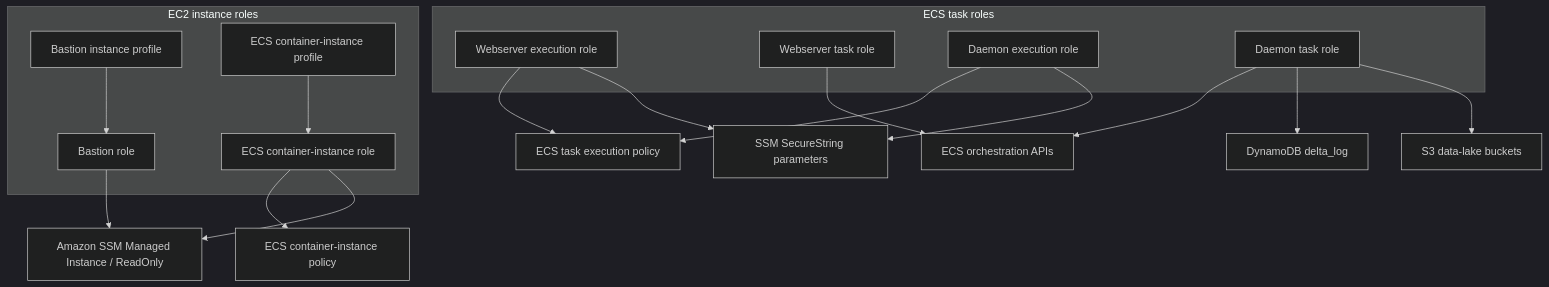
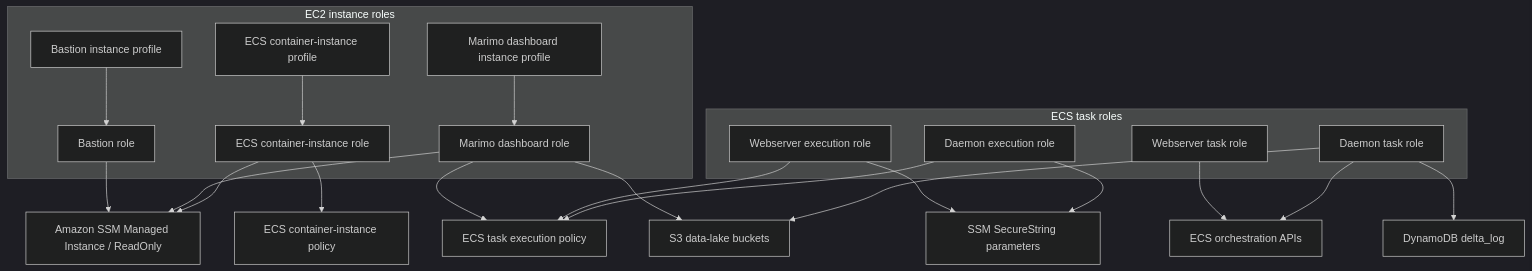
One commit to Chr1sC0de/energy-market-delta-lake changed the first of 2 diagrams in infrastructure/aws-pulumi/docs/identity-and-discovery.md. Above: the diagram before and after it, drawn with Mermaid (dark theme). The commit also changed other lines of this file and 44 other files, not shown here.

Commit message:
Deploy Marimo dashboard on AWS

````diff
--- a/infrastructure/aws-pulumi/docs/identity-and-discovery.md
+++ b/infrastructure/aws-pulumi/docs/identity-and-discovery.md
@@ -24,38 +25,44 @@
 ```mermaid
 flowchart TB
     subgraph EC2Roles[EC2 instance roles]
         BASTIONROLE[Bastion role]
         BASTIONPROFILE[Bastion instance profile]
         ECSINSTANCEROLE[ECS container-instance role]
         ECSINSTANCEPROFILE[ECS container-instance profile]
+        MARIMOROLE[Marimo dashboard role]
+        MARIMOPROFILE[Marimo dashboard instance profile]
     end
 
     subgraph ECSRoles[ECS task roles]
         WEBEXEC[Webserver execution role]
         WEBTASK[Webserver task role]
         DAEMONEXEC[Daemon execution role]
         DAEMONTASK[Daemon task role]
     end
 
     SSM[Amazon SSM Managed Instance / ReadOnly]
     ECSINSTANCEPOLICY[ECS container-instance policy]
     ECRPOLICY[ECS task execution policy]
     ECSAPI[ECS orchestration APIs]
     DDB[DynamoDB delta_log]
     S3[S3 data-lake buckets]
     SSMPARAM[SSM SecureString parameters]
 
     BASTIONROLE --> SSM
     BASTIONPROFILE --> BASTIONROLE
+    MARIMOPROFILE --> MARIMOROLE
+    MARIMOROLE --> SSM
+    MARIMOROLE --> ECRPOLICY
+    MARIMOROLE --> S3
     ECSINSTANCEPROFILE --> ECSINSTANCEROLE
     ECSINSTANCEROLE --> ECSINSTANCEPOLICY
     ECSINSTANCEROLE --> SSM
     WEBEXEC --> ECRPOLICY
     DAEMONEXEC --> ECRPOLICY
     WEBEXEC --> SSMPARAM
     DAEMONEXEC --> SSMPARAM
     WEBTASK --> ECSAPI
     DAEMONTASK --> ECSAPI
     DAEMONTASK --> DDB
     DAEMONTASK --> S3
 ```
````
